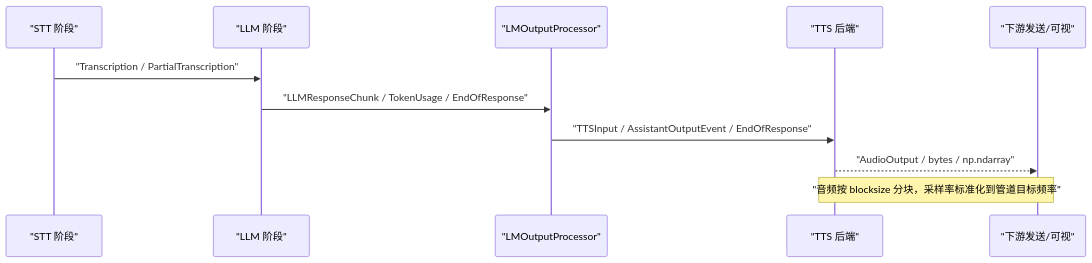
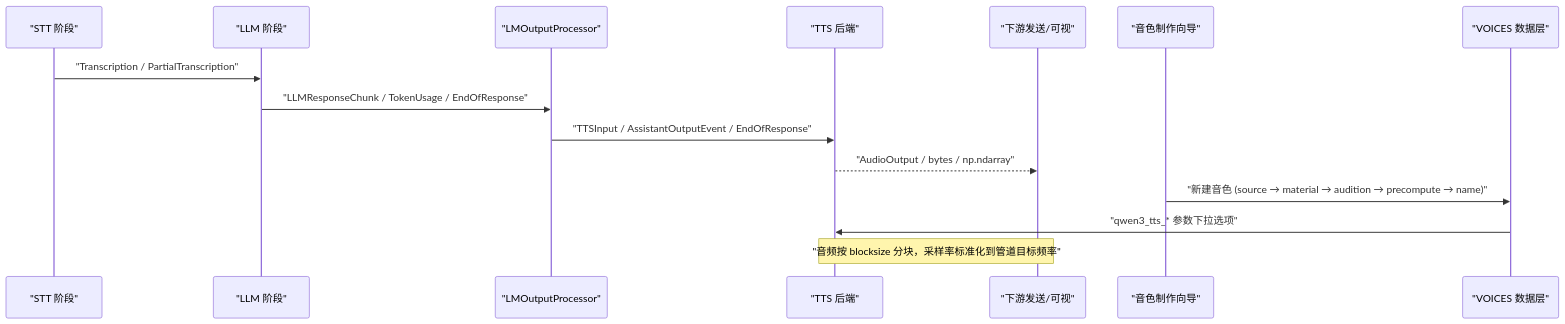
The second of 11 diagrams in .qoder/repowiki/zh/content/文字转语音 (TTS)/TTS 架构设计.md (joezxh/speech-to-speech), drawn with Mermaid before and after one commit. The commit also changed other lines of this file and 1743 other files, not shown here.

````diff
--- a/.qoder/repowiki/zh/content/文字转语音 (TTS)/TTS 架构设计.md
+++ b/.qoder/repowiki/zh/content/文字转语音 (TTS)/TTS 架构设计.md
@@ -104,13 +123,17 @@
 ```mermaid
 sequenceDiagram
 participant STT as "STT 阶段"
 participant LLM as "LLM 阶段"
 participant PROC as "LMOutputProcessor"
 participant TTS as "TTS 后端"
 participant OUT as "下游发送/可视"
+participant WIZARD as "音色制作向导"
+participant VOICES as "VOICES 数据层"
 STT->>LLM : "Transcription / PartialTranscription"
 LLM->>PROC : "LLMResponseChunk / TokenUsage / EndOfResponse"
 PROC->>TTS : "TTSInput / AssistantOutputEvent / EndOfResponse"
 TTS-->>OUT : "AudioOutput / bytes / np.ndarray"
+WIZARD->>VOICES : "新建音色 (source → material → audition → precompute → name)"
+VOICES->>TTS : "qwen3_tts_* 参数下拉选项"
 Note over TTS,OUT : "音频按 blocksize 分块，采样率标准化到管道目标频率"
 ```
````
